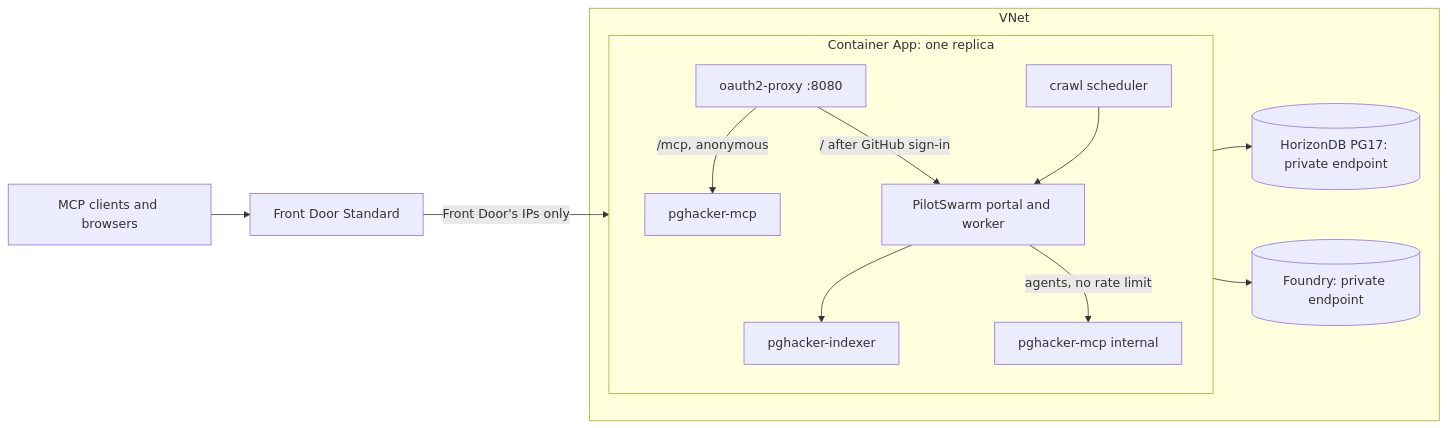
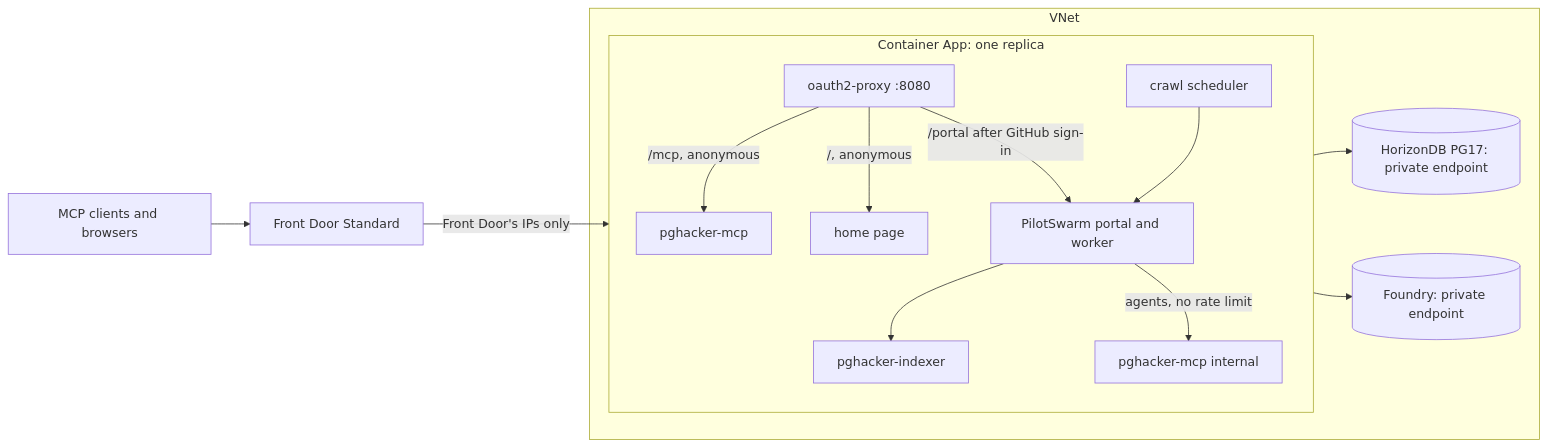
The diagram in deploy/README.md (Azure-Samples/pghacker-mcp), drawn with Mermaid before and after one commit. The commit also changed other lines of this file and 53 other files, not shown here.

````diff
--- a/deploy/README.md
+++ b/deploy/README.md
@@ -5,18 +5,19 @@
 ```mermaid
 flowchart LR
   U[MCP clients and browsers] --> AFD[Front Door Standard]
   AFD -->|Front Door's IPs only| CA
   subgraph VNet
     subgraph CA[Container App: one replica]
       P[oauth2-proxy :8080] -->|/mcp, anonymous| M[pghacker-mcp]
-      P -->|/ after GitHub sign-in| S[PilotSwarm portal and worker]
+      P -->|/, anonymous| H[home page]
+      P -->|/portal after GitHub sign-in| S[PilotSwarm portal and worker]
       S --> I[pghacker-indexer]
       S -->|agents, no rate limit| M2[pghacker-mcp internal]
       C[crawl scheduler] --> S
     end
     DB[(HorizonDB PG17: private endpoint)]
     F[(Foundry: private endpoint)]
   end
   CA --> DB
   CA --> F
 ```
````
